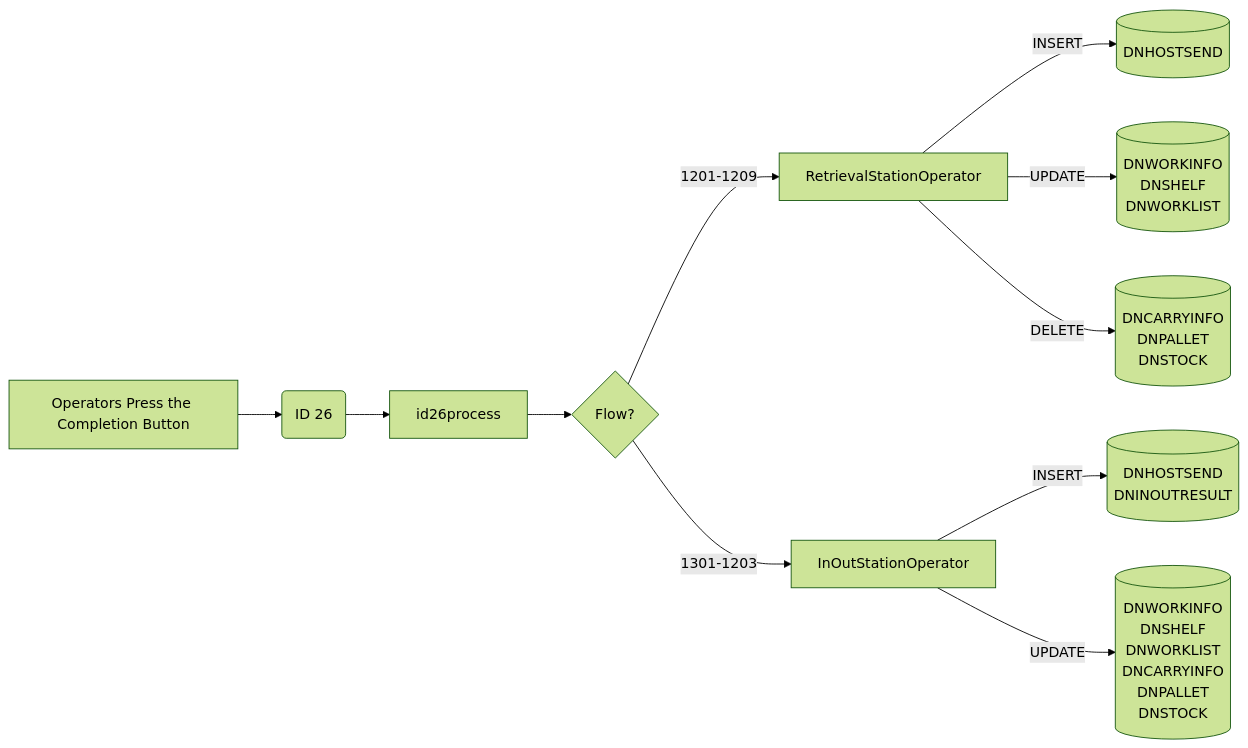
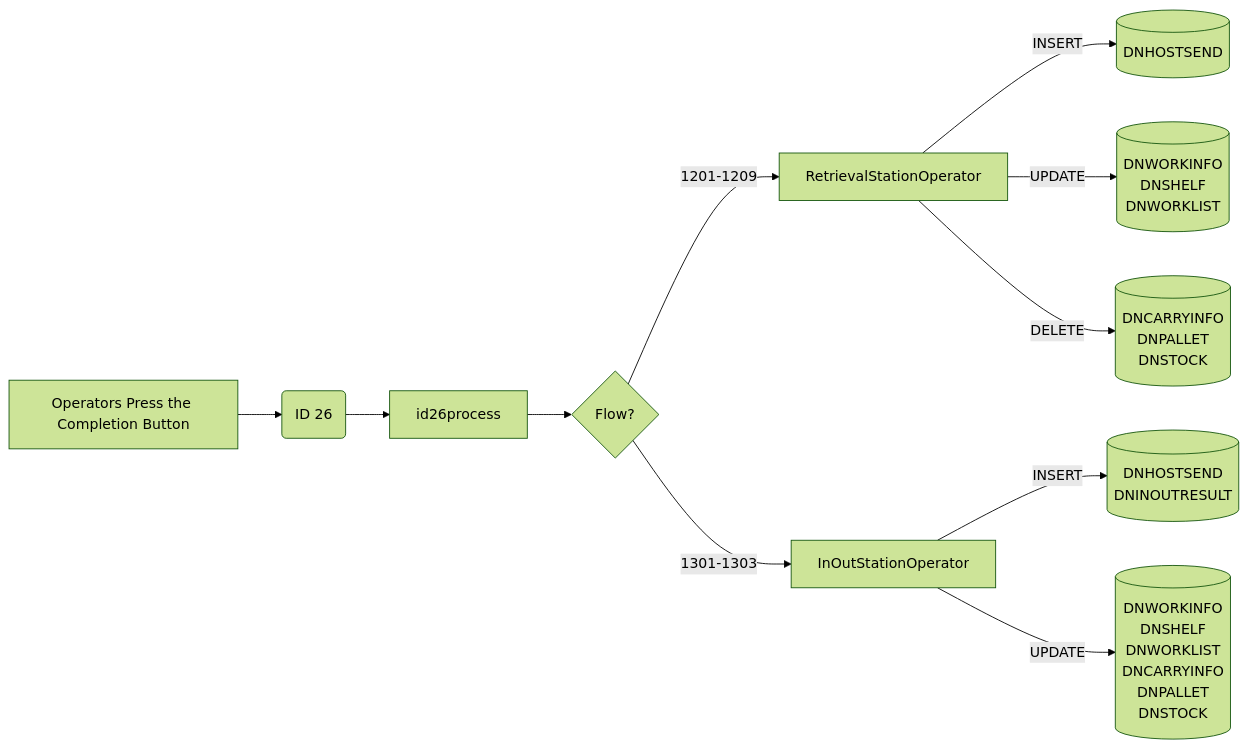
Diagram 19 of 19 in Basic-Design/DFD-WMS/Retrieval/Specific-Location-Retrieval-Setting.md (luthfiadityaa/SimeDarby-Wiki), drawn with Mermaid (forest theme) before and after one commit.

Commit message:
Updated Specific Location Retrieval Setting

```diff
--- a/Basic-Design/DFD-WMS/Retrieval/Specific-Location-Retrieval-Setting.md
+++ b/Basic-Design/DFD-WMS/Retrieval/Specific-Location-Retrieval-Setting.md
@@ -834,58 +834,58 @@
 ::: mermaid
 flowchart LR
 
 buttonclicked["
 Operators Press the Completion Button
 "]
 
 id26msg("
 ID 26
 ")
 
 
 id26-updateRt[("
 DNWORKINFO
 DNSHELF
 DNWORKLIST
 ")]
 
 id26-deleteRt[("
 DNCARRYINFO
 DNPALLET
 DNSTOCK
 ")]
 
 id26-insertRt[("
 DNHOSTSEND
 ")]
 
 id26-updateIo[("
 DNWORKINFO
 DNSHELF
 DNWORKLIST
 DNCARRYINFO
 DNPALLET
 DNSTOCK
 ")]
 
 id26-insertIo[("
 DNHOSTSEND
 DNINOUTRESULT
 ")]
 
 id26process[id26process]
 
 buttonclicked --> id26msg
 id26msg -->id26process-->Cond1{Flow?}
 
 RetrievalStationOperator--> |INSERT| id26-insertRt 
 RetrievalStationOperator--> |UPDATE| id26-updateRt 
 RetrievalStationOperator--> |DELETE| id26-deleteRt 
 
 Cond1{Flow?} --> |1201-1209| RetrievalStationOperator
-Cond1{Flow?} --> |1301-1203| InOutStationOperator
+Cond1{Flow?} --> |1301-1303| InOutStationOperator
 
 InOutStationOperator --> |INSERT| id26-insertIo
 InOutStationOperator --> |UPDATE| id26-updateIo
 
 :::
```
